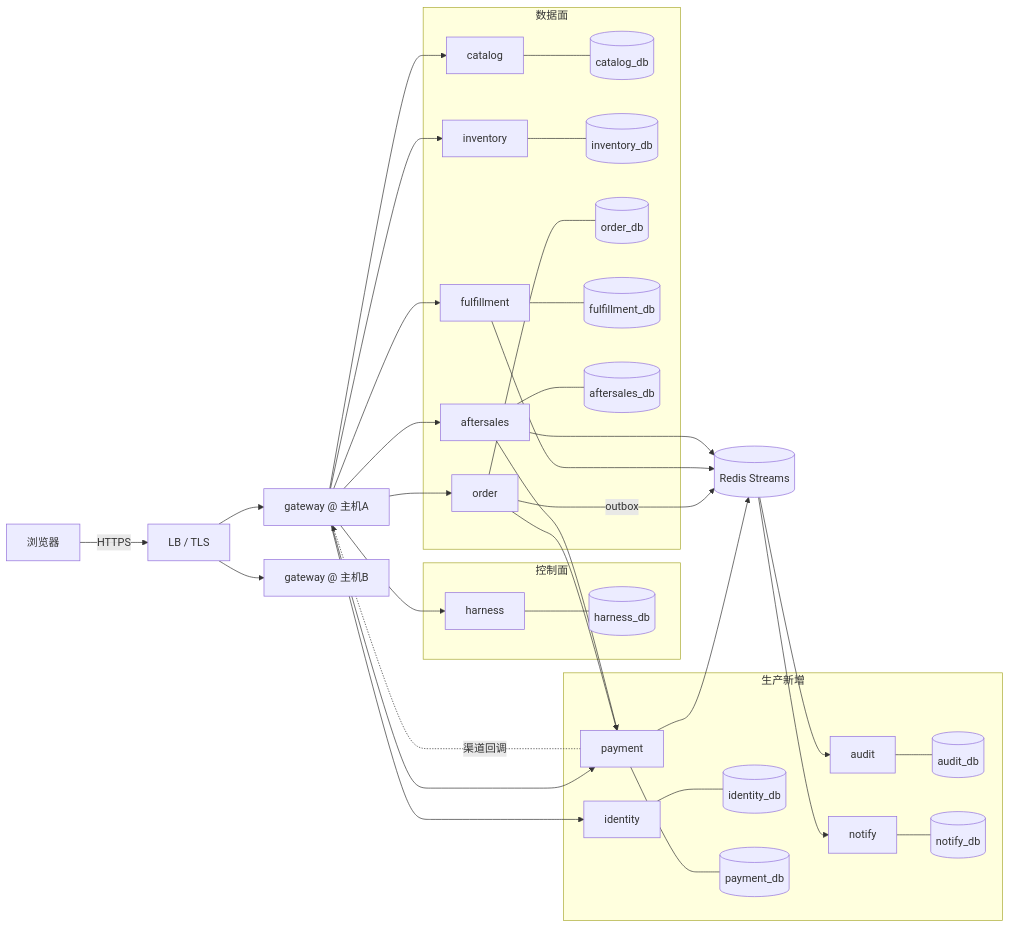
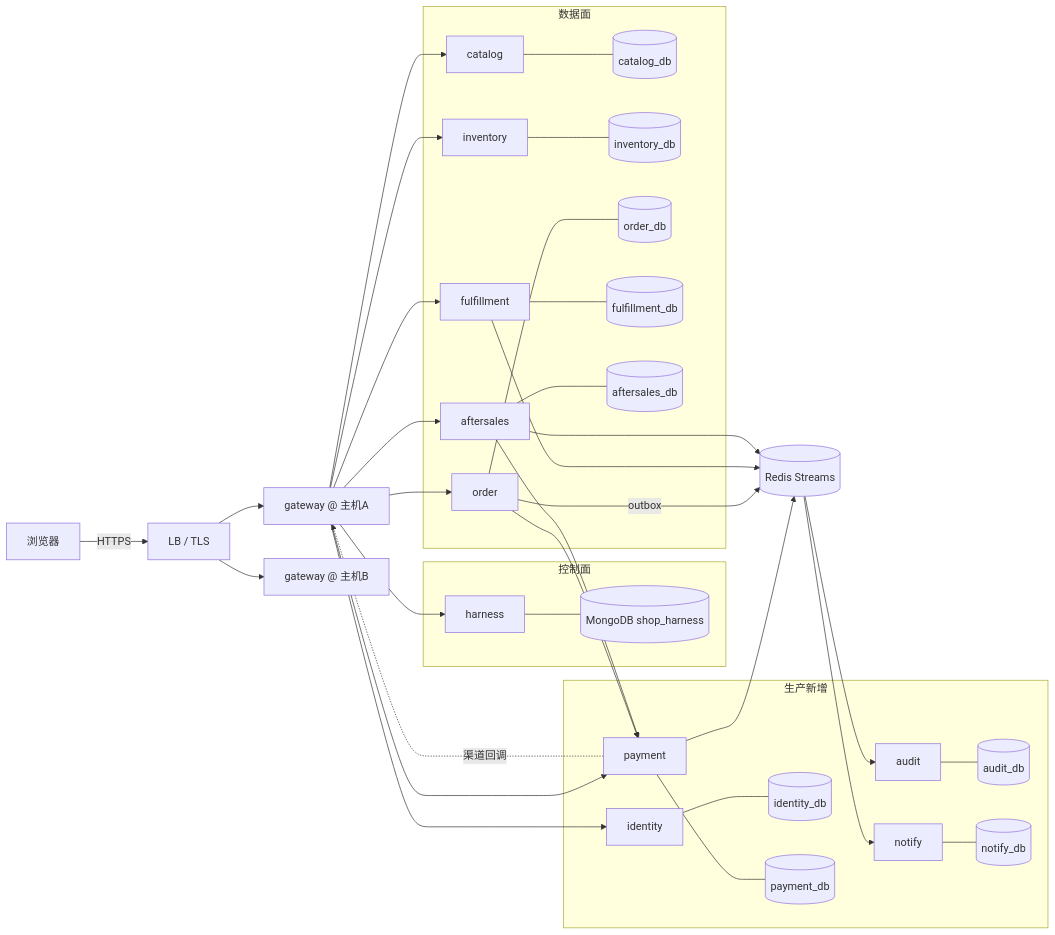
The first of 4 diagrams in docs/design/system-design.md (farhub-wq/agent-shopping), drawn with Mermaid before and after one commit. The commit also changed other lines of this file and 5 other files, not shown here.

````diff
--- a/docs/design/system-design.md
+++ b/docs/design/system-design.md
@@ -30,39 +30,39 @@
 ```mermaid
 flowchart LR
     U[浏览器] -->|HTTPS| LB[LB / TLS]
     LB --> G1[gateway @ 主机A]
     LB --> G2[gateway @ 主机B]
     G1 --> ID[identity]
     G1 --> C[catalog]
     G1 --> I[inventory]
     G1 --> O[order]
     G1 --> F[fulfillment]
     G1 --> A[aftersales]
     G1 --> H[harness]
     G1 --> P[payment]
     O --> P
     A --> P
     P -. 渠道回调 .-> G1
     O -->|outbox| RS[(Redis Streams)]
     F --> RS
     A --> RS
     P --> RS
     RS --> AU[audit]
     RS --> N[notify]
     subgraph 数据面
       C --- Cdb[(catalog_db)]
       I --- Idb[(inventory_db)]
       O --- Odb[(order_db)]
       F --- Fdb[(fulfillment_db)]
       A --- Adb[(aftersales_db)]
     end
     subgraph 控制面
-      H --- Hdb[(harness_db)]
+      H --- Hdb[(MongoDB shop_harness)]
     end
     subgraph 生产新增
       ID --- IDdb[(identity_db)]
       P --- Pdb[(payment_db)]
       AU --- AUdb[(audit_db)]
       N --- Ndb[(notify_db)]
     end
 ```
````
